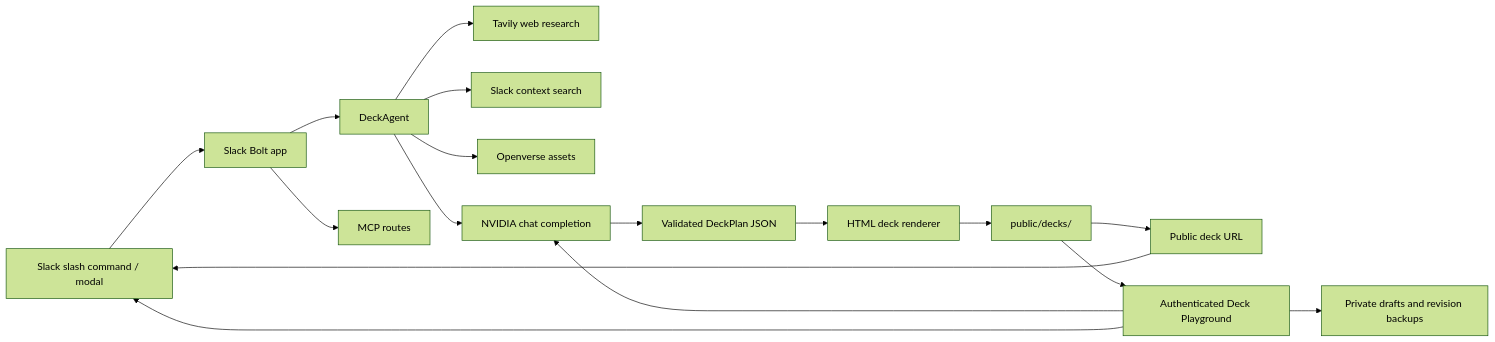
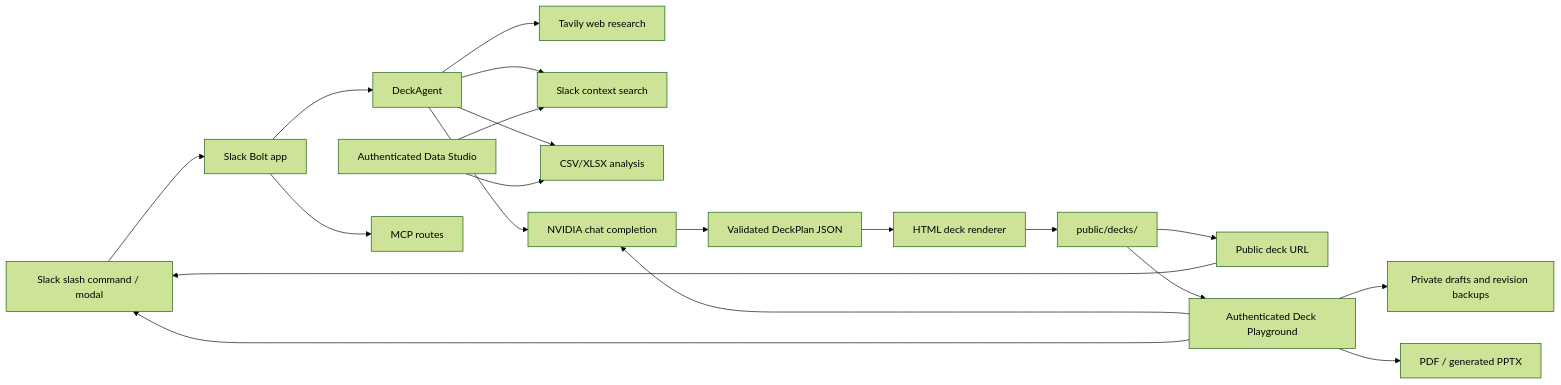
Before and after one commit to rahulrathnavel/slack-agent: the diagram in README.md, drawn with Mermaid (forest theme). The commit also changed other lines of this file and 26 other files, not shown here.

````diff
--- a/README.md
+++ b/README.md
@@ -151,19 +178,22 @@
 ```mermaid
 flowchart LR
   Slack["Slack slash command / modal"] --> App["Slack Bolt app"]
   App --> Agent["DeckAgent"]
   Agent --> Research["Tavily web research"]
   Agent --> SlackSearch["Slack context search"]
-  Agent --> Assets["Openverse assets"]
+  Agent --> Data["CSV/XLSX analysis"]
   Agent --> Model["NVIDIA chat completion"]
   Model --> Plan["Validated DeckPlan JSON"]
   Plan --> Renderer["HTML deck renderer"]
   Renderer --> Storage["public/decks/<deckId>"]
   Storage --> Link["Public deck URL"]
   Link --> Slack
   Storage --> Editor["Authenticated Deck Playground"]
   Editor --> Drafts["Private drafts and revision backups"]
   Editor --> Model
+  Editor --> Export["PDF / generated PPTX"]
   Editor --> Slack
+  DataStudio["Authenticated Data Studio"] --> Data
+  DataStudio --> SlackSearch
   App --> MCP["MCP routes"]
 ```
````
